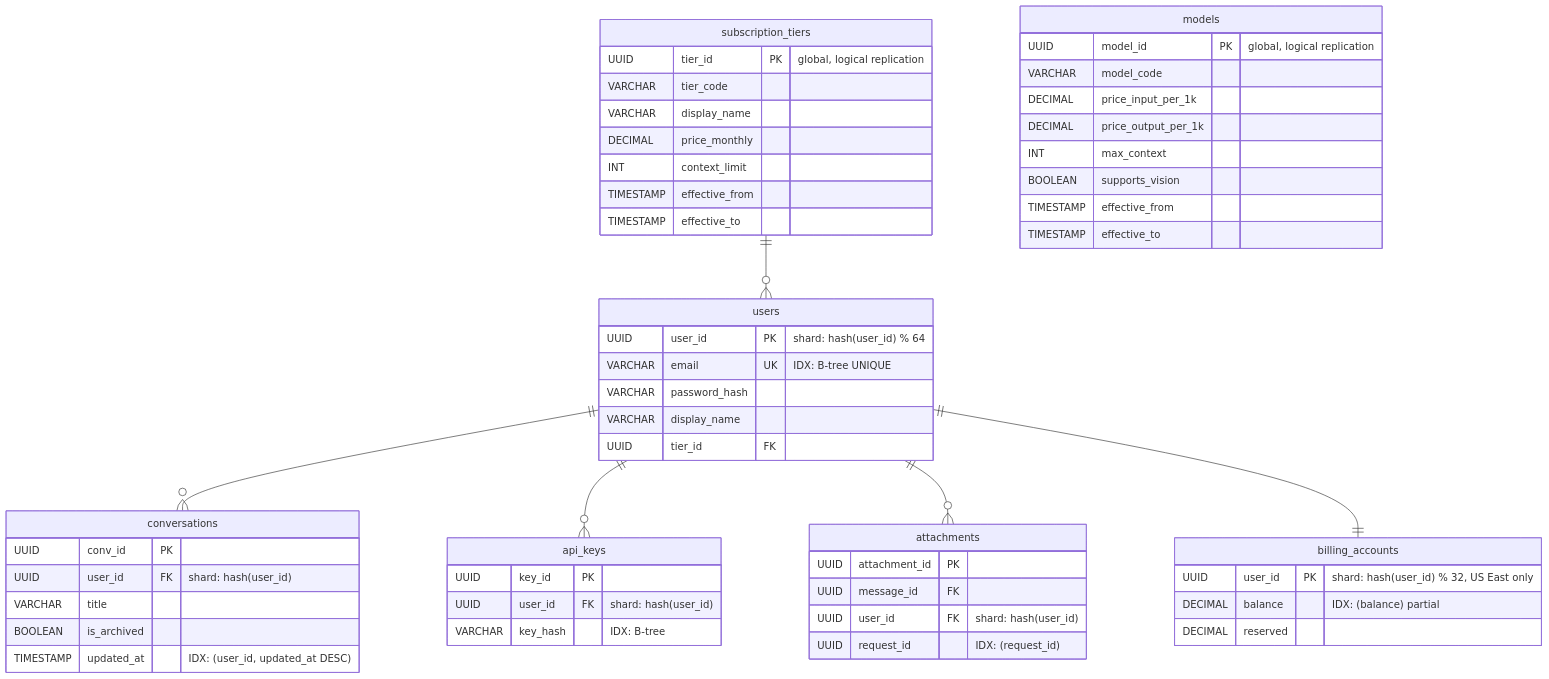
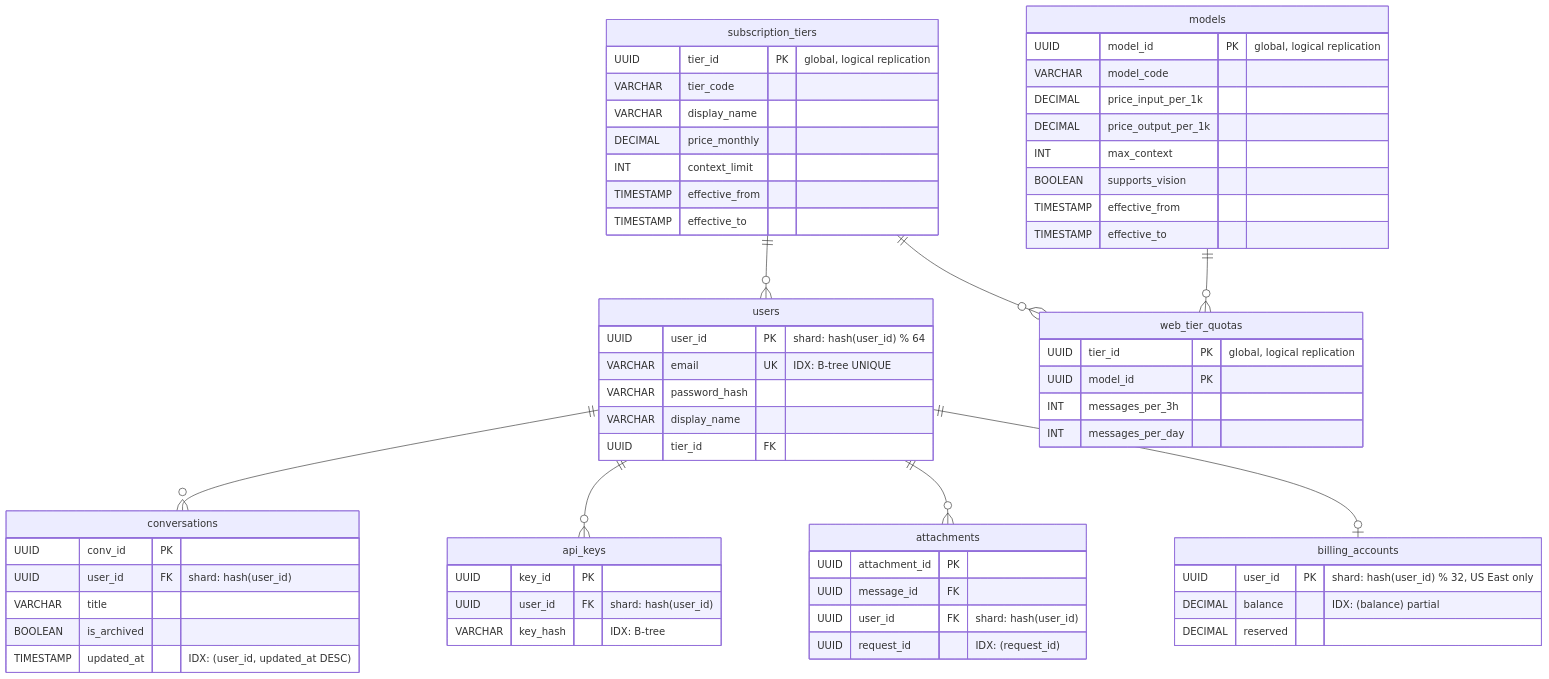
The fourth of 7 diagrams in README.md (yaksase/highload_hse), drawn with Mermaid before and after one commit. The commit also changed other lines of this file, not shown here.

````diff
--- a/README.md
+++ b/README.md
@@ -1177,57 +1176,65 @@
 ```mermaid
 erDiagram
     subscription_tiers {
         UUID tier_id PK "global, logical replication"
         VARCHAR tier_code
         VARCHAR display_name
         DECIMAL price_monthly
         INT context_limit
         TIMESTAMP effective_from
         TIMESTAMP effective_to
     }
     models {
         UUID model_id PK "global, logical replication"
         VARCHAR model_code
         DECIMAL price_input_per_1k
         DECIMAL price_output_per_1k
         INT max_context
         BOOLEAN supports_vision
         TIMESTAMP effective_from
         TIMESTAMP effective_to
+    }
+    web_tier_quotas {
+        UUID tier_id PK "global, logical replication"
+        UUID model_id PK
+        INT messages_per_3h
+        INT messages_per_day
     }
     users {
         UUID user_id PK "shard: hash(user_id) % 64"
         VARCHAR email UK "IDX: B-tree UNIQUE"
         VARCHAR password_hash
         VARCHAR display_name
         UUID tier_id FK
     }
     conversations {
         UUID conv_id PK
         UUID user_id FK "shard: hash(user_id)"
         VARCHAR title
         BOOLEAN is_archived
         TIMESTAMP updated_at "IDX: (user_id, updated_at DESC)"
     }
     api_keys {
         UUID key_id PK
         UUID user_id FK "shard: hash(user_id)"
         VARCHAR key_hash "IDX: B-tree"
     }
     attachments {
         UUID attachment_id PK
         UUID message_id FK
         UUID user_id FK "shard: hash(user_id)"
         UUID request_id "IDX: (request_id)"
     }
     billing_accounts {
         UUID user_id PK "shard: hash(user_id) % 32, US East only"
         DECIMAL balance "IDX: (balance) partial"
         DECIMAL reserved
     }
     subscription_tiers ||--o{ users : ""
+    subscription_tiers ||--o{ web_tier_quotas : ""
+    models ||--o{ web_tier_quotas : ""
     users ||--o{ conversations : ""
     users ||--o{ api_keys : ""
     users ||--o{ attachments : ""
-    users ||--|| billing_accounts : ""
+    users ||--o| billing_accounts : ""
 ```
````
